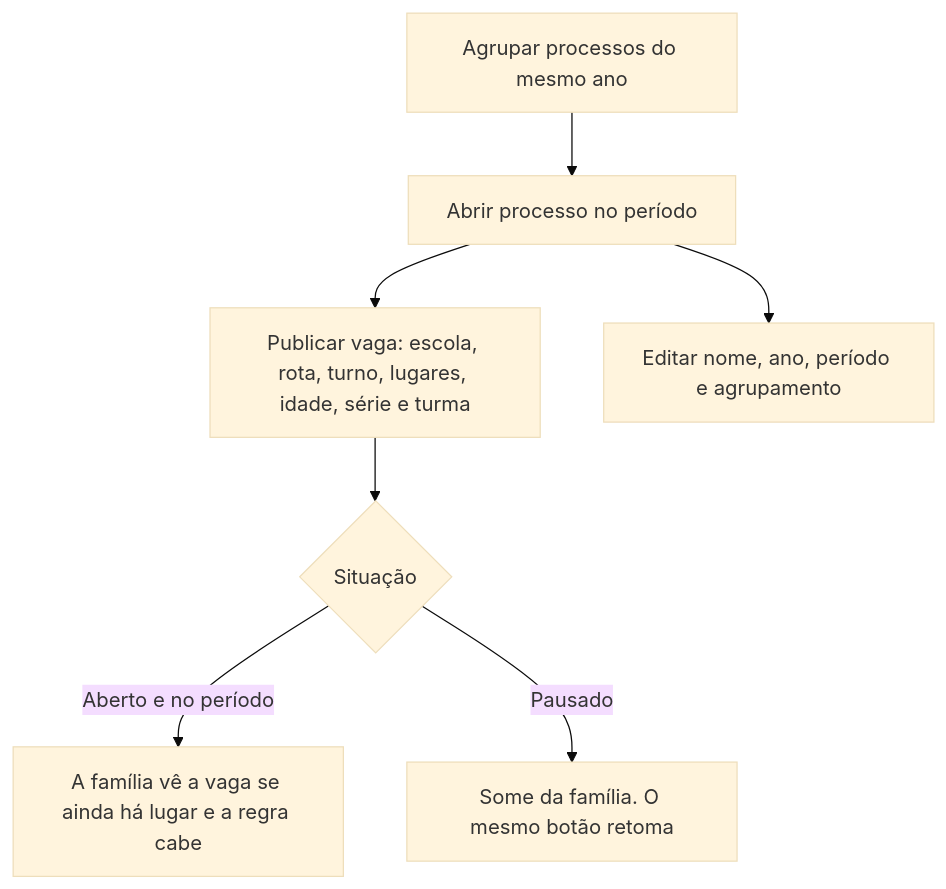
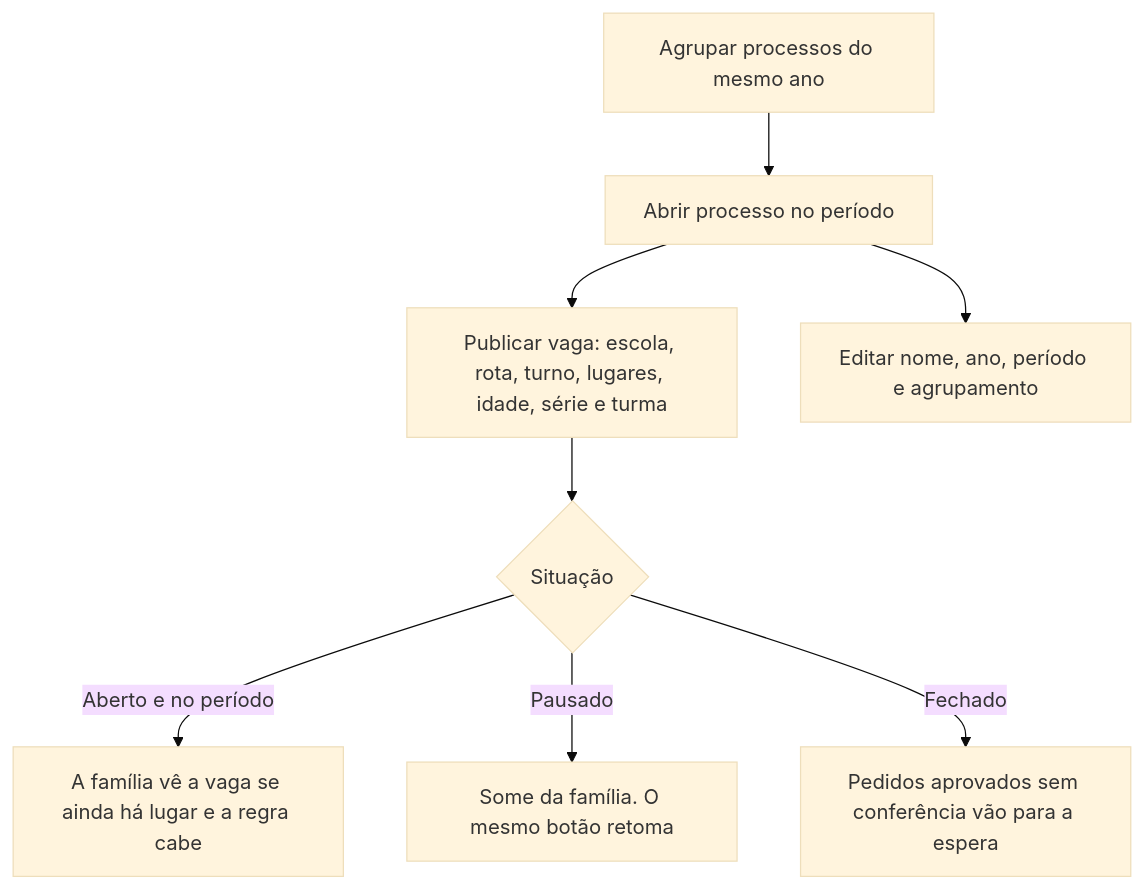
Before and after one commit to i-Educar/i-educar-transporte-escolar-v2-package: the second of 6 diagrams in docs/FLUXOS.md, drawn with Mermaid (base theme). The commit also changed other lines of this file and 4 other files, not shown here.

Commit message:
docs(transporte): registrar conferência, espera, vagas e viagens do veículo

````diff
--- a/docs/FLUXOS.md
+++ b/docs/FLUXOS.md
@@ -36,9 +36,10 @@
 ```mermaid
 flowchart TD
     A["Agrupar processos do mesmo ano"] --> B["Abrir processo no período"]
     B --> C["Publicar vaga: escola, rota, turno, lugares, idade, série e turma"]
     C --> D{"Situação"}
     D -->|Aberto e no período| E["A família vê a vaga se ainda há lugar e a regra cabe"]
     D -->|Pausado| F["Some da família. O mesmo botão retoma"]
+    D -->|Fechado| G["Pedidos aprovados sem conferência vão para a espera"]
     B --> H["Editar nome, ano, período e agrupamento"]
 ```
````
